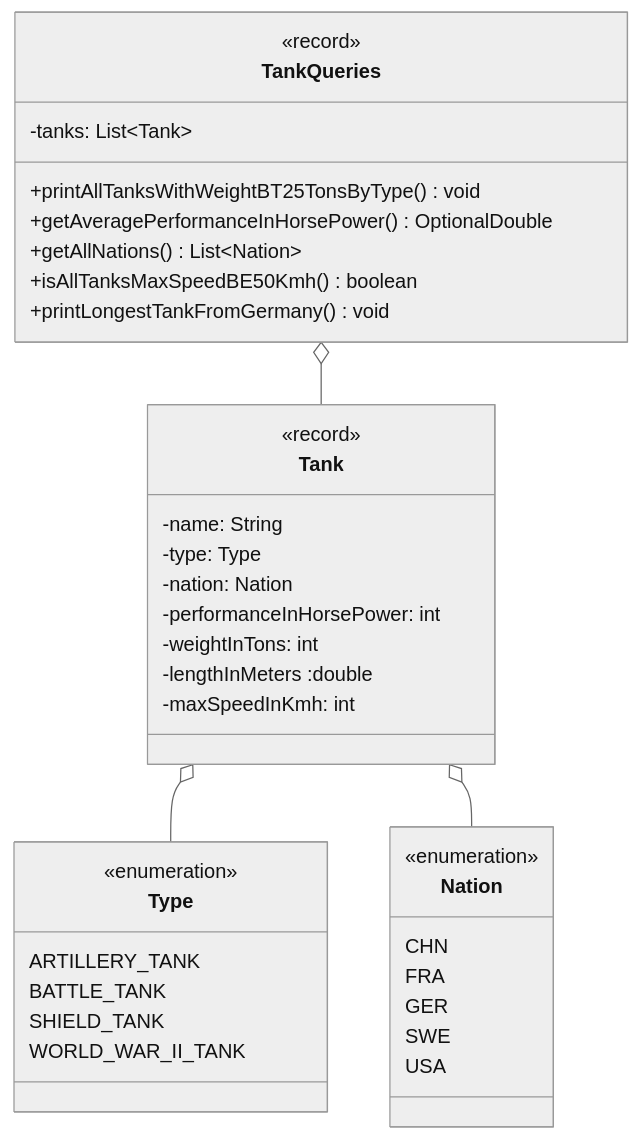
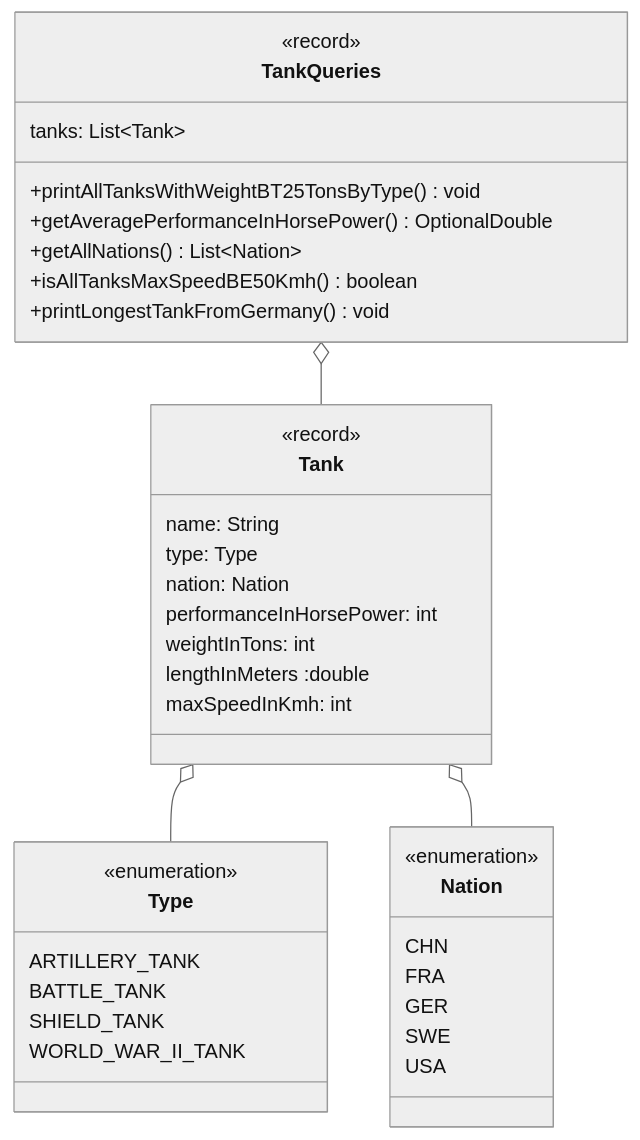
The diagram in docs/exam-exercises/exam-exercises-java2/tanks.md (jappuccini/java-docs), drawn with Mermaid (neutral theme) before and after one commit. The commit also changed 24 other files, not shown here.

````diff
--- a/docs/exam-exercises/exam-exercises-java2/tanks.md
+++ b/docs/exam-exercises/exam-exercises-java2/tanks.md
@@ -12,44 +12,44 @@
 ```mermaid
 classDiagram
     Tank o-- Type
     Tank o-- Nation
     TankQueries o-- Tank
 
     class Tank {
         <<record>>
-        -name: String
-        -type: Type
-        -nation: Nation
-        -performanceInHorsePower: int
-        -weightInTons: int
-        -lengthInMeters :double
-        -maxSpeedInKmh: int
+        name: String
+        type: Type
+        nation: Nation
+        performanceInHorsePower: int
+        weightInTons: int
+        lengthInMeters :double
+        maxSpeedInKmh: int
     }
 
     class Type {
         <<enumeration>>
         ARTILLERY_TANK
         BATTLE_TANK
         SHIELD_TANK
         WORLD_WAR_II_TANK
     }
 
     class Nation {
         <<enumeration>>
         CHN
         FRA
         GER
         SWE
         USA
     }
 
     class TankQueries {
         <<record>>
-        -tanks: List~Tank~
+        tanks: List~Tank~
         +printAllTanksWithWeightBT25TonsByType() void
         +getAveragePerformanceInHorsePower() OptionalDouble
         +getAllNations() List~Nation~
         +isAllTanksMaxSpeedBE50Kmh() boolean
         +printLongestTankFromGermany() void
     }
 ```
````
